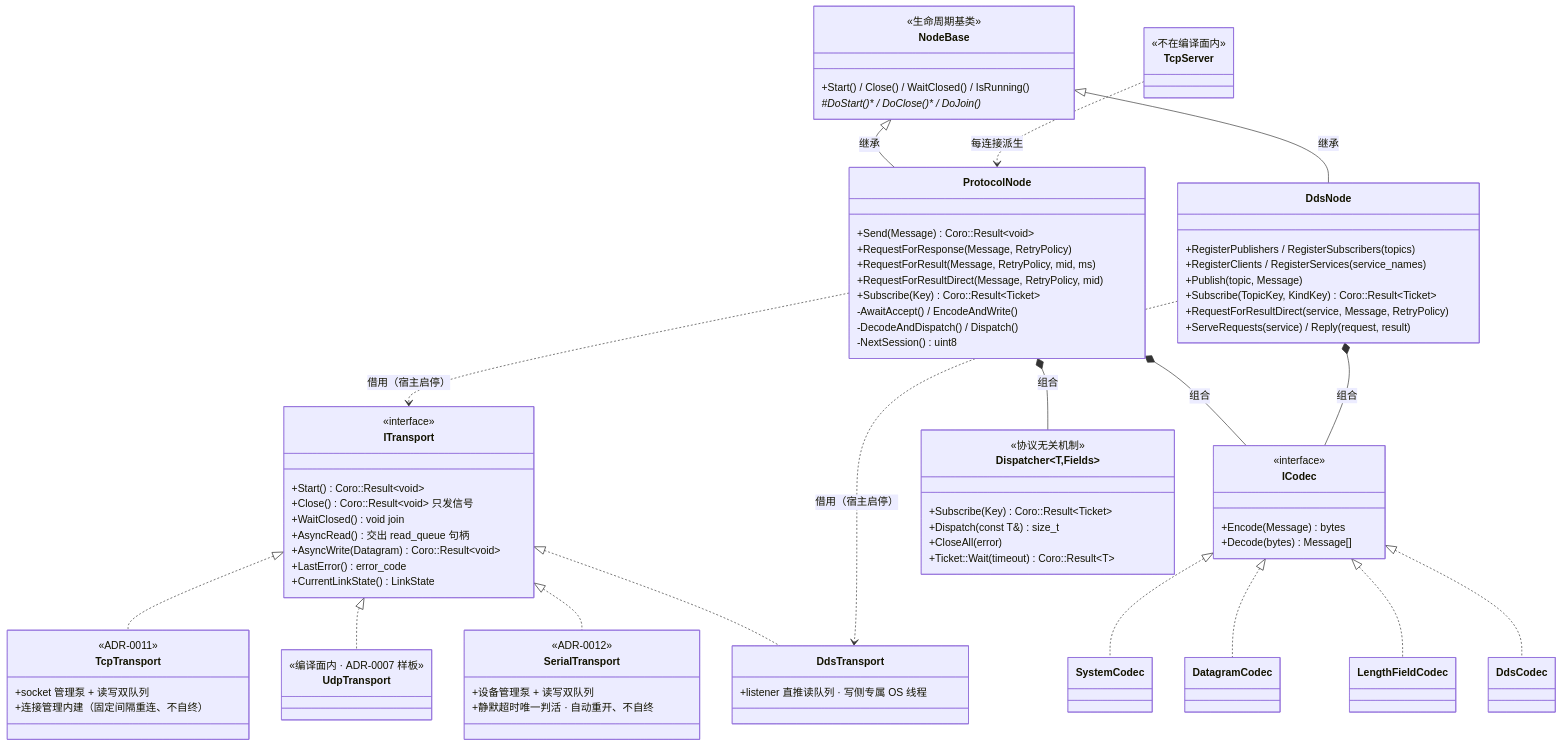
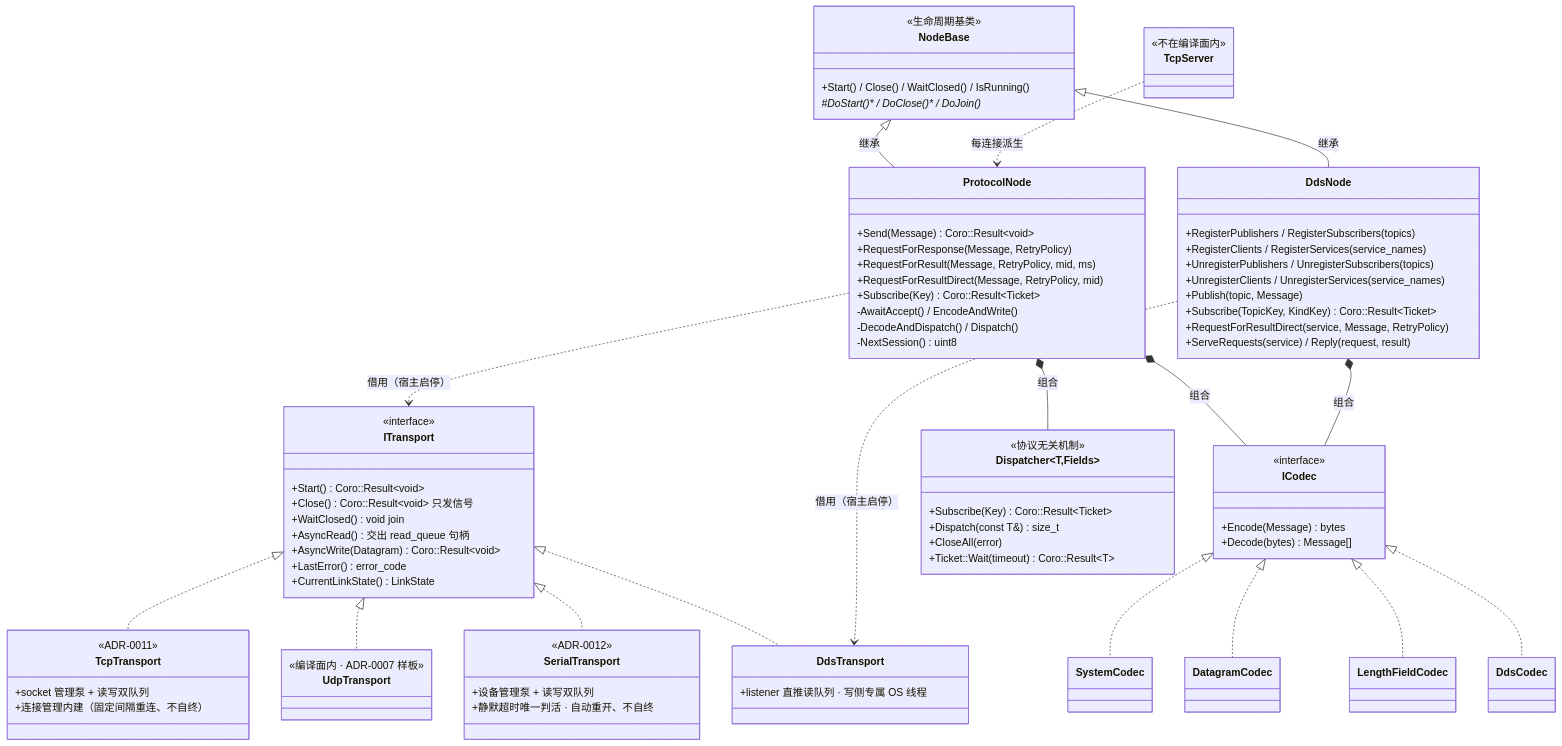
One commit to Ste7an-cs/Transport changed the diagram in docs/diagrams/arch-class.mmd. Above: the diagram before and after it, drawn with Mermaid. The commit also changed 10 other files, not shown here.

First line of the commit message:
docs:同步 ADR-0015 动态注册(#236)——README / SRS / SDD / 图 / ADR-0013 补正

```diff
--- a/docs/diagrams/arch-class.mmd
+++ b/docs/diagrams/arch-class.mmd
@@ -1,91 +1,93 @@
 classDiagram
     direction TB
 
     class ITransport {
         <<interface>>
         +Start() Coro::Result~void~
         +Close() Coro::Result~void~  只发信号
         +WaitClosed() void  join
         +AsyncRead() 交出 read_queue 句柄
         +AsyncWrite(Datagram) Coro::Result~void~
         +LastError() error_code
         +CurrentLinkState() LinkState
     }
     class ICodec {
         <<interface>>
         +Encode(Message) bytes
         +Decode(bytes) Message[]
     }
 
     class ProtocolNode {
         +Send(Message) Coro::Result~void~
         +RequestForResponse(Message, RetryPolicy)
         +RequestForResult(Message, RetryPolicy, mid, ms)
         +RequestForResultDirect(Message, RetryPolicy, mid)
         +Subscribe(Key) Coro::Result~Ticket~
         -AwaitAccept() / EncodeAndWrite()
         -DecodeAndDispatch() / Dispatch()
         -NextSession() uint8
     }
     class DdsNode {
         +RegisterPublishers / RegisterSubscribers(topics)
         +RegisterClients / RegisterServices(service_names)
+        +UnregisterPublishers / UnregisterSubscribers(topics)
+        +UnregisterClients / UnregisterServices(service_names)
         +Publish(topic, Message)
         +Subscribe(TopicKey, KindKey) Coro::Result~Ticket~
         +RequestForResultDirect(service, Message, RetryPolicy)
         +ServeRequests(service) / Reply(request, result)
     }
     class NodeBase {
         <<生命周期基类>>
         +Start() / Close() / WaitClosed() / IsRunning()
         #DoStart()* / DoClose()* / DoJoin()*
     }
     class Dispatcher~T,Fields~ {
         <<协议无关机制>>
         +Subscribe(Key) Coro::Result~Ticket~
         +Dispatch(const T&) size_t
         +CloseAll(error)
         +Ticket::Wait(timeout) Coro::Result~T~
     }
 
     class TcpTransport {
         <<ADR-0011>>
         +socket 管理泵 + 读写双队列
         +连接管理内建（固定间隔重连、不自终）
     }
     class UdpTransport {
         <<编译面内 · ADR-0007 样板>>
     }
     class SerialTransport {
         <<ADR-0012>>
         +设备管理泵 + 读写双队列
         +静默超时唯一判活 · 自动重开、不自终
     }
     class DdsTransport {
         +listener 直推读队列 · 写侧专属 OS 线程
     }
     class TcpServer {
         <<不在编译面内>>
     }
     class SystemCodec
     class DatagramCodec
     class LengthFieldCodec
     class DdsCodec
 
     ITransport <|.. TcpTransport
     ITransport <|.. UdpTransport
     ITransport <|.. SerialTransport
     ITransport <|.. DdsTransport
     ICodec <|.. SystemCodec
     ICodec <|.. DatagramCodec
     ICodec <|.. LengthFieldCodec
     ICodec <|.. DdsCodec
 
     ProtocolNode ..> ITransport : 借用（宿主启停）
     ProtocolNode *-- ICodec : 组合
     ProtocolNode *-- Dispatcher : 组合
     NodeBase <|-- ProtocolNode : 继承
     DdsNode ..> DdsTransport : 借用（宿主启停）
     DdsNode *-- ICodec : 组合
     NodeBase <|-- DdsNode : 继承
     TcpServer ..> ProtocolNode : 每连接派生
```
